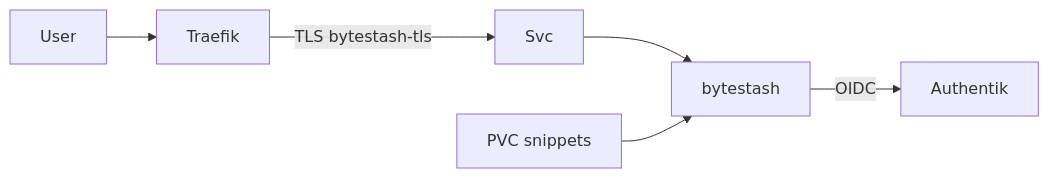
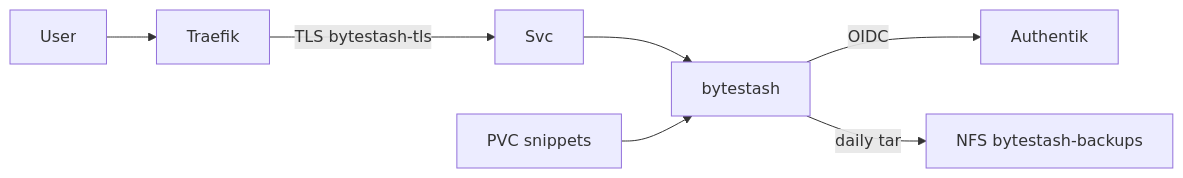
Before and after one commit to HenryHST/minilab: the diagram in docs/adr/0021-bytestash.md, drawn with Mermaid. The commit also changed other lines of this file and 15 other files, not shown here.

````diff
--- a/docs/adr/0021-bytestash.md
+++ b/docs/adr/0021-bytestash.md
@@ -19,8 +20,9 @@
 ```mermaid
 flowchart LR
   User --> Traefik
   Traefik -->|"TLS bytestash-tls"| Svc
   Svc --> Pod["bytestash"]
   PVC["PVC snippets"] --> Pod
   Pod -->|"OIDC"| IdP["Authentik"]
+  Pod -->|"daily tar"| NFS["NFS bytestash-backups"]
 ```
````
